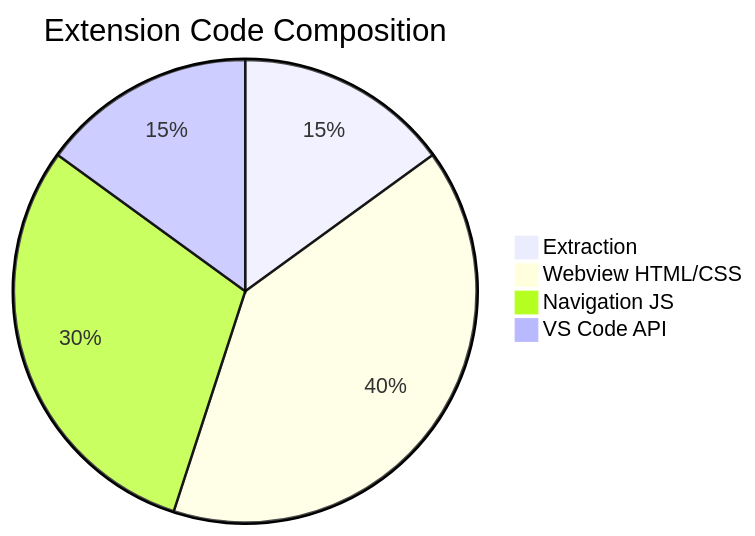
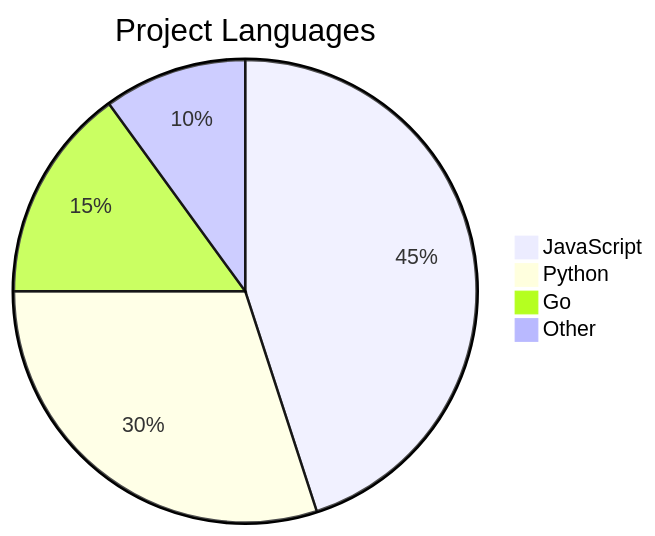
Before and after one commit to kanad13/mermaid-slideshow-extension: the fourth of 9 diagrams in examples/test.md, drawn with Mermaid. The commit also changed other lines of this file and 9 other files, not shown here.

````diff
--- a/examples/test.md
+++ b/examples/test.md
@@ -44,7 +44,7 @@
 ```mermaid
-pie title Extension Code Composition
-    "Extraction" : 15
-    "Webview HTML/CSS" : 40
-    "Navigation JS" : 30
-    "VS Code API" : 15
+pie title Project Languages
+    "JavaScript" : 45
+    "Python" : 30
+    "Go" : 15
+    "Other" : 10
 ```
````
